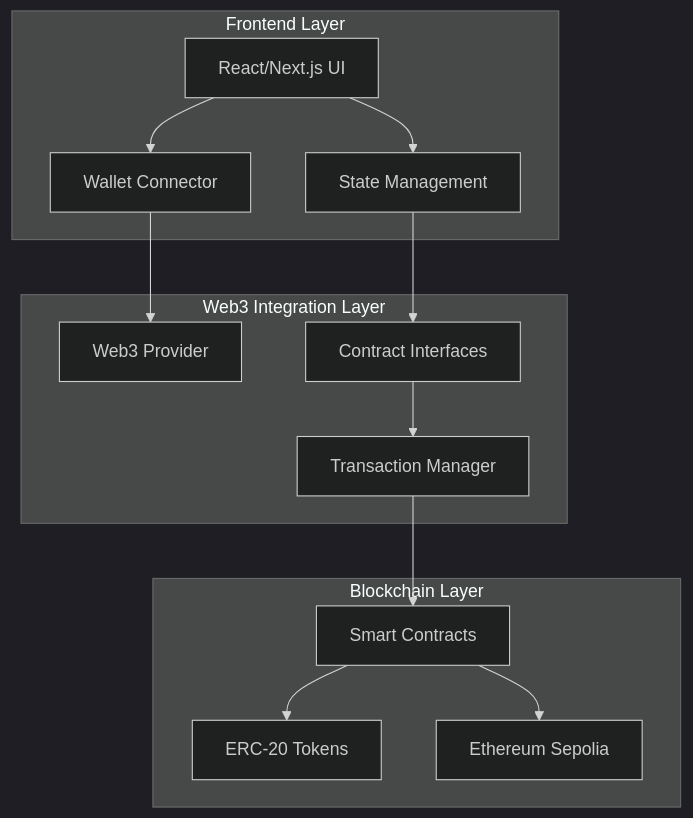
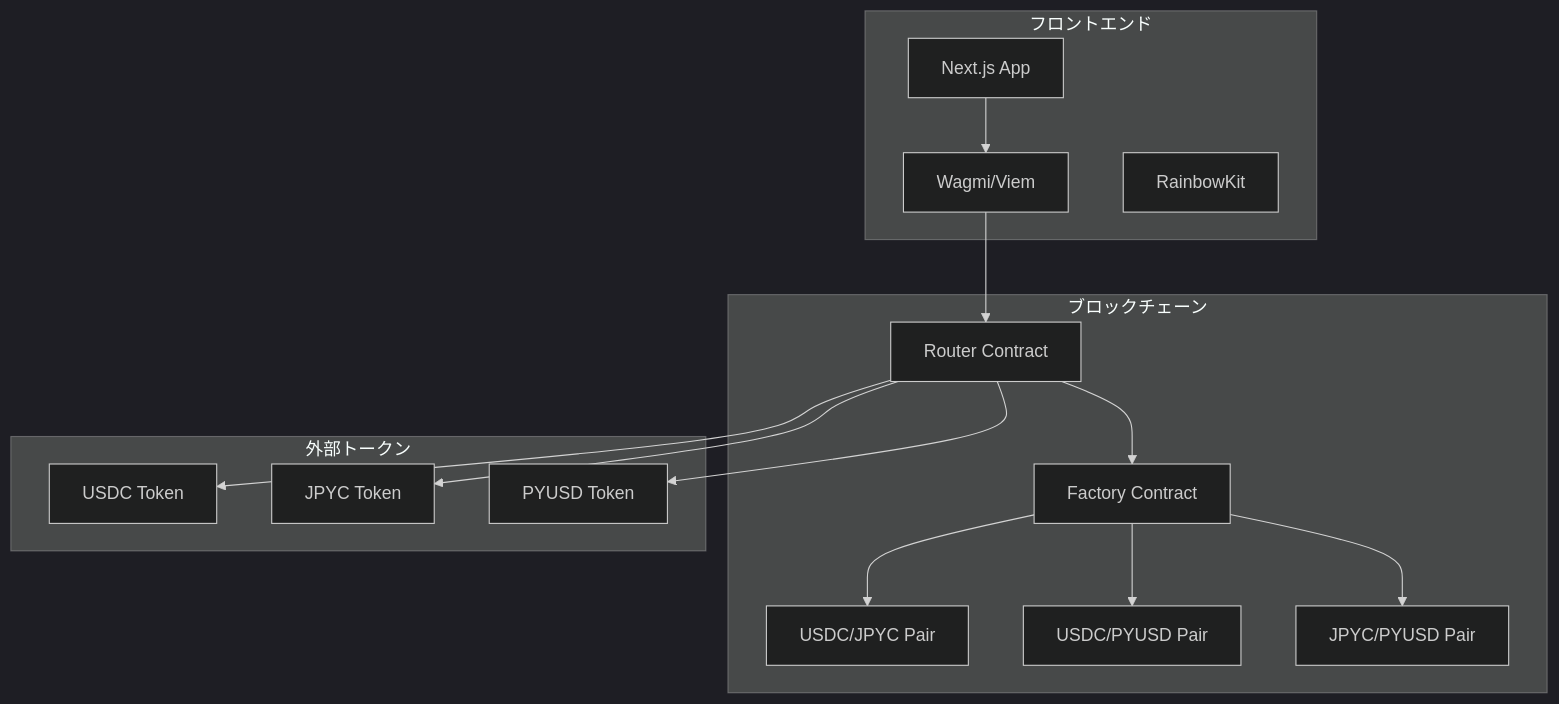
The diagram in .kiro/specs/amm-dex/design.md (mashharuki/Web3AIVibeCodingStarterKit), drawn with Mermaid (dark theme) before and after one commit. The commit also changed other lines of this file and 129 other files, not shown here.

````diff
--- a/.kiro/specs/amm-dex/design.md
+++ b/.kiro/specs/amm-dex/design.md
@@ -11,29 +11,32 @@
 ```mermaid
 graph TB
-    subgraph "Frontend Layer"
-        UI[React/Next.js UI]
-        WC[Wallet Connector]
-        SM[State Management]
+    subgraph "フロントエンド"
+        UI[Next.js App]
+        Wagmi[Wagmi/Viem]
+        RainbowKit[RainbowKit]
     end
-    
-    subgraph "Web3 Integration Layer"
-        W3[Web3 Provider]
-        CT[Contract Interfaces]
-        TX[Transaction Manager]
+
+    subgraph "ブロックチェーン"
+        Factory[Factory Contract]
+        Pair1[USDC/JPYC Pair]
+        Pair2[USDC/PYUSD Pair]
+        Pair3[JPYC/PYUSD Pair]
+        Router[Router Contract]
     end
-    
-    subgraph "Blockchain Layer"
-        SC[Smart Contracts]
-        ERC[ERC-20 Tokens]
-        ETH[Ethereum Sepolia]
+
+    subgraph "外部トークン"
+        USDC[USDC Token]
+        JPYC[JPYC Token]
+        PYUSD[PYUSD Token]
     end
-    
-    UI --> WC
-    UI --> SM
-    WC --> W3
-    SM --> CT
-    CT --> TX
-    TX --> SC
-    SC --> ERC
-    SC --> ETH
+
+    UI --> Wagmi
+    Wagmi --> Router
+    Router --> Factory
+    Factory --> Pair1
+    Factory --> Pair2
+    Factory --> Pair3
+    Router --> USDC
+    Router --> JPYC
+    Router --> PYUSD
 ```
````
